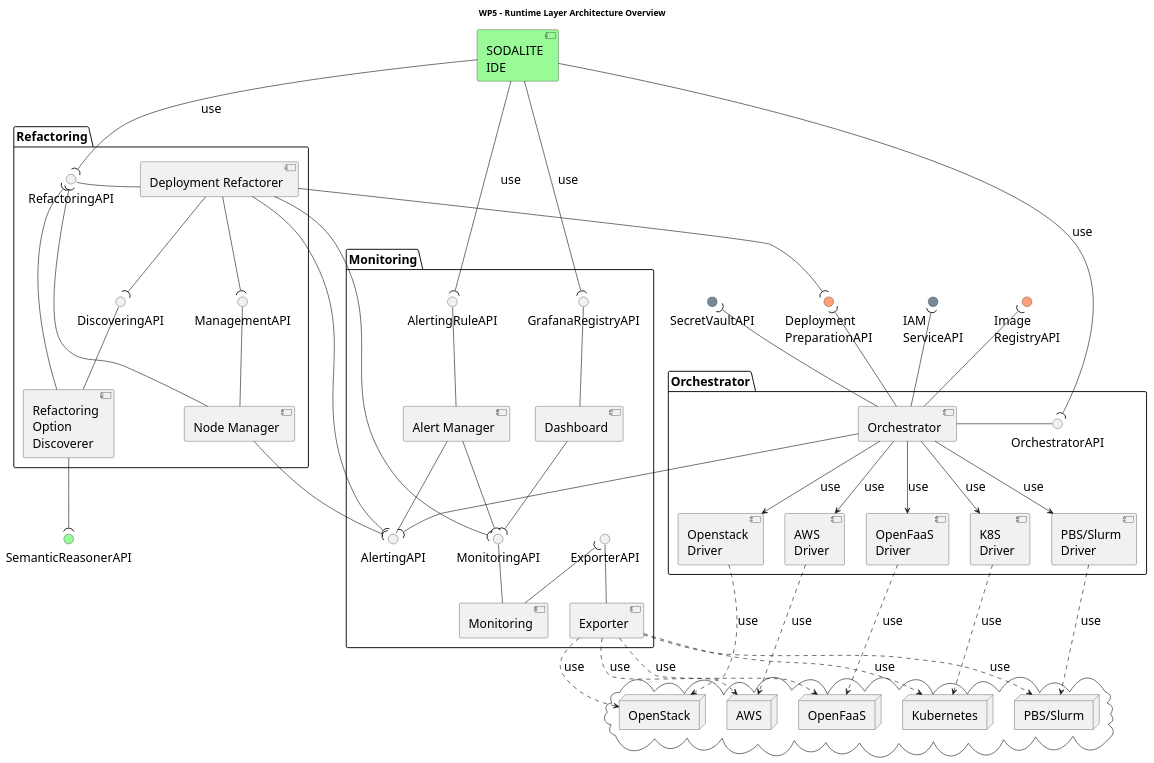
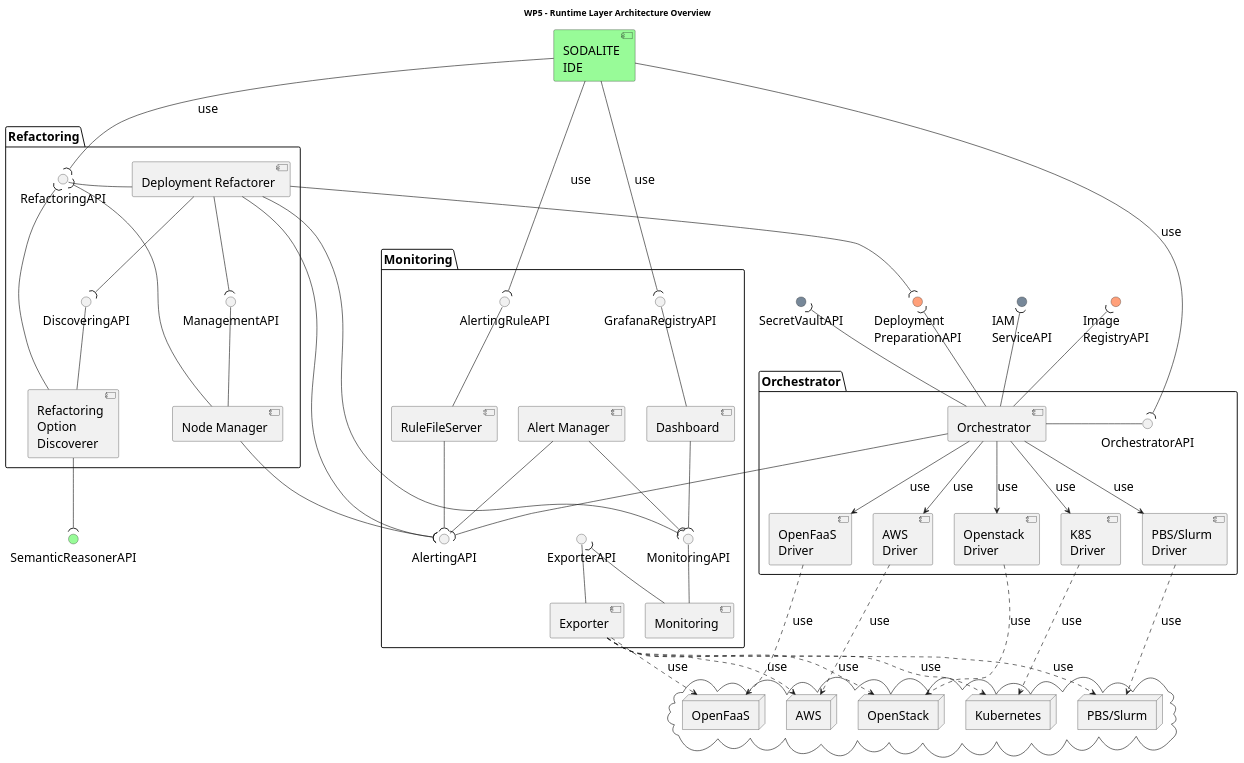
One commit to SODALITE-EU/project-wide-documentation changed the diagram in uml/component-diagrams/CD-WP5-ArchitectureOverview.puml. Above: the diagram before and after it, drawn with PlantUML.

Commit message:
d2.3: adding rules file server

```diff
--- a/uml/component-diagrams/CD-WP5-ArchitectureOverview.puml
+++ b/uml/component-diagrams/CD-WP5-ArchitectureOverview.puml
@@ -1,117 +1,119 @@
 @startuml
 
 title WP5 - Runtime Layer Architecture Overview
 
 skinparam fixCircleLabelOverlapping true 
 skinparam defaultFontSize 20
 
 [SODALITE\nIDE] as ide #PaleGreen
 interface "SemanticReasonerAPI" as sem #PaleGreen
 
 package "Orchestrator" as orch {
     component [Orchestrator] as orch_impl
     interface "OrchestratorAPI" as orch_if
     component [Openstack\nDriver] as os_driver
     component [K8S\nDriver] as k8s_driver
     component [PBS/Slurm\nDriver] as torque_driver
     component [OpenFaaS\nDriver] as faas_driver
     component [AWS\nDriver] as aws_driver
     orch_impl - orch_if
 }
 
 package "Monitoring" as mon {
     [Monitoring] as mon_impl
     () "MonitoringAPI" as mon_if
     [Dashboard] as dash
     () "GrafanaRegistryAPI" as grafana_if
     [Exporter] as exp
     () "ExporterAPI" as exp_if
     [Alert Manager] as alert_mngr
     () "AlertingAPI"  as alert_if
+    [RuleFileServer] as rule_server
     () "AlertingRuleAPI" as alert_rule_if
     mon_impl -u- mon_if
     exp -u- exp_if
     alert_mngr -d- alert_if
-    alert_mngr -u- alert_rule_if
+    rule_server -u- alert_rule_if
+    rule_server --( alert_if
     dash -u- grafana_if
 }
 
 package "Refactoring" as refactor {
     interface "RefactoringAPI" as ref_if
     interface "DiscoveringAPI" as dis_if
     interface "ManagementAPI" as mng_if
     component [Deployment Refactorer] as ref_depl
     component [Refactoring\nOption\nDiscoverer] as ref_opt
     component [Node Manager] as ref_node
     dis_if -d- ref_opt
     mng_if -d- ref_node
     ref_if - ref_depl
 }
 
 cloud {
     node OpenStack
     node Kubernetes as K8S
     node "PBS/Slurm" as PBS
     node OpenFaaS
     node AWS
 }
 
 'WP4 APIs
 interface "Deployment\nPreparationAPI" as depl_prep #LightSalmon
 interface "Image\nRegistryAPI" as image_reg #LightSalmon
 
 'Security APIs
 interface "IAM\nServiceAPI" as IAMApi #LightSlateGrey
 interface "SecretVaultAPI" as VaultAPI #LightSlateGrey
 
 
 
 'Monitoring
 mon_impl -u-( exp_if
 dash --( mon_if
 alert_mngr --( mon_if
 
 
 'Refactoring
 ref_opt --( ref_if
 ref_node --( ref_if
 ref_opt --( sem
 
 ref_depl --( mng_if
 ref_depl --( dis_if
 ref_depl --( depl_prep
 
 ref_node --( alert_if
 ref_depl --( alert_if
 ref_depl --( mon_if
 orch_impl --( alert_if
 
 
 orch_impl --> os_driver : use
 orch_impl --> k8s_driver : use
 orch_impl --> torque_driver : use
 orch_impl --> aws_driver : use
 orch_impl --> faas_driver : use
 
 orch_impl -u-( depl_prep
 orch_impl -u-( image_reg
 orch_impl -u-( IAMApi
 orch_impl -u-( VaultAPI
 
 os_driver ..> OpenStack : use
 k8s_driver ..> K8S : use
 faas_driver ..> OpenFaaS : use
 aws_driver ..> AWS : use
 torque_driver ..> PBS : use
 
 exp .d.> OpenStack : use
 exp .d.> K8S : use
 exp .d.> PBS : use
 exp .d.> OpenFaaS : use
 exp .d.> AWS : use
 
 ide --( orch_if : use
 ide --( grafana_if : use
 ide --( alert_rule_if : use
 ide --( ref_if : use
 @enduml
```
